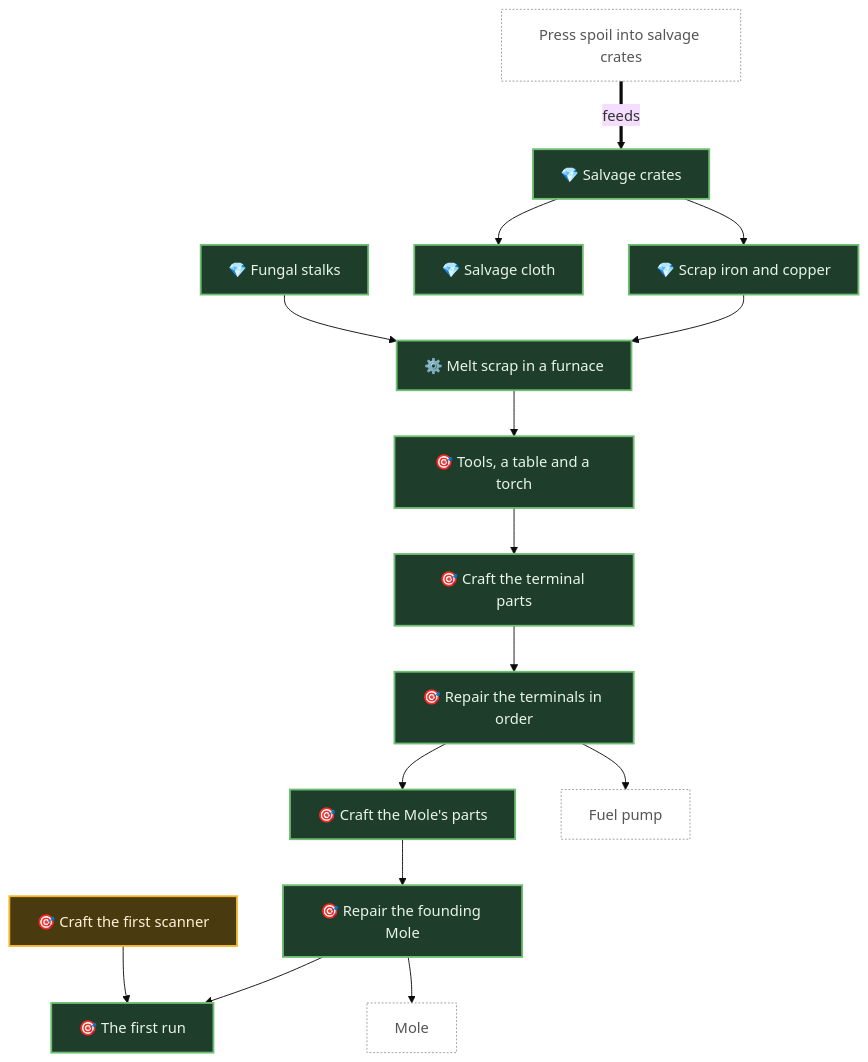
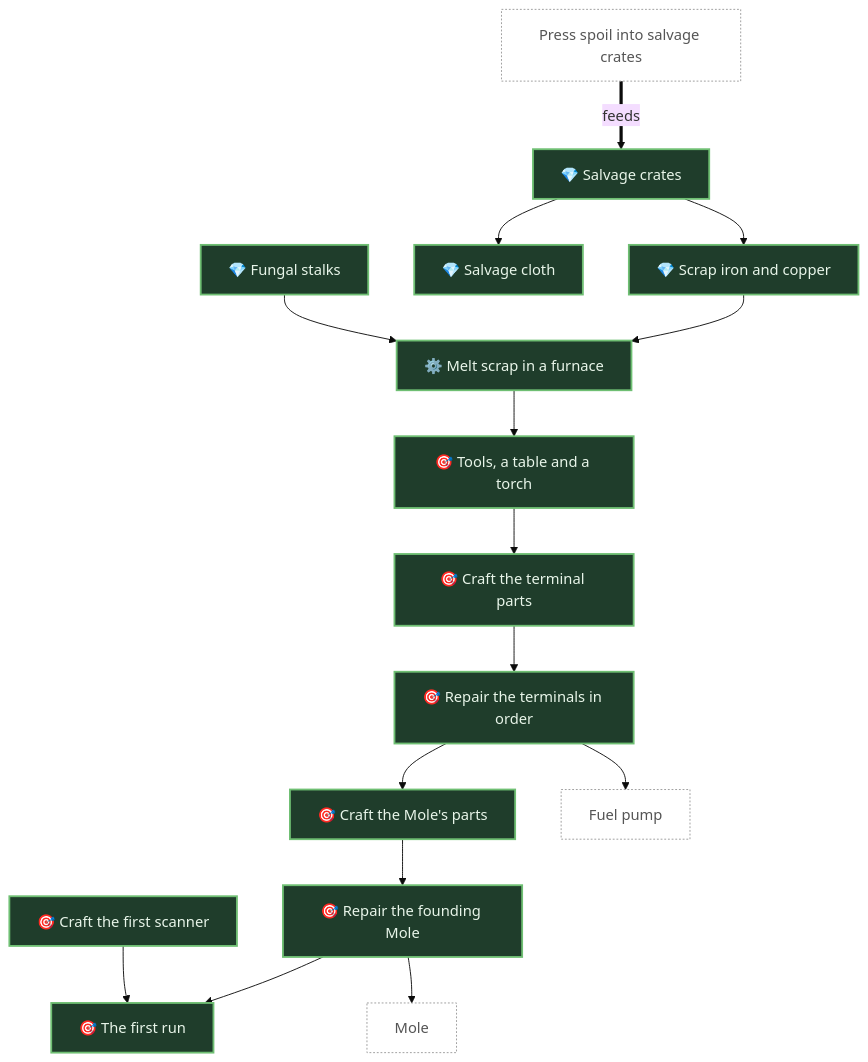
One commit to pkeppeler/deepcharter changed diagram 22 of 30 in docs/FEATURE-MAP.md. Above: the diagram before and after it, drawn with Mermaid (base theme). The commit also changed other lines of this file and 2 other files, not shown here.

First line of the commit message:
Feature map: merge main (#497, #499, #500); crafted scanner and wreck serial are built

````diff
--- a/docs/FEATURE-MAP.md
+++ b/docs/FEATURE-MAP.md
@@ -1137,40 +1135,39 @@
 ```mermaid
 flowchart TB
   n_fungal_stalks["💎 Fungal stalks"]
   n_salvage_crate["💎 Salvage crates"]
   n_salvage_cloth["💎 Salvage cloth"]
   n_scrap_metal["💎 Scrap iron and copper"]
   n_furnace_scrap["⚙️ Melt scrap in a furnace"]
   n_craft_tools["🎯 Tools, a table and a torch"]
   n_craft_terminal_parts["🎯 Craft the terminal parts"]
   n_repair_terminals["🎯 Repair the terminals in order"]
   n_craft_mole_parts["🎯 Craft the Mole's parts"]
   n_scanner_from_crafting["🎯 Craft the first scanner"]
   n_repair_mole["🎯 Repair the founding Mole"]
   n_first_run["🎯 The first run"]
   n_crate_press["Press spoil into salvage crates"]
   n_fuel_pump["Fuel pump"]
   n_mole["Mole"]
   n_craft_mole_parts --> n_repair_mole
   n_craft_terminal_parts --> n_repair_terminals
   n_craft_tools --> n_craft_terminal_parts
   n_crate_press == feeds ==> n_salvage_crate
   n_fungal_stalks --> n_furnace_scrap
   n_furnace_scrap --> n_craft_tools
   n_repair_mole --> n_first_run
   n_repair_mole --> n_mole
   n_repair_terminals --> n_craft_mole_parts
   n_repair_terminals --> n_fuel_pump
   n_salvage_crate --> n_salvage_cloth
   n_salvage_crate --> n_scrap_metal
   n_scanner_from_crafting --> n_first_run
   n_scrap_metal --> n_furnace_scrap
   classDef built fill:#1f3d2b,stroke:#6fbf73,stroke-width:2px,color:#e8f5e9
   classDef progress fill:#4a3a10,stroke:#f0b429,stroke-width:2px,color:#fff3d6
   classDef planned fill:#2e2e2e,stroke:#9e9e9e,stroke-width:1px,color:#d6d6d6
   classDef idea fill:#1a1a1a,stroke:#757575,stroke-width:1px,stroke-dasharray:4 3,color:#a0a0a0
   classDef ext fill:#ffffff,stroke:#999999,stroke-width:1px,stroke-dasharray:2 2,color:#555555
-  class n_fungal_stalks,n_salvage_crate,n_salvage_cloth,n_scrap_metal,n_furnace_scrap,n_craft_tools,n_craft_terminal_parts,n_repair_terminals,n_craft_mole_parts,n_repair_mole,n_first_run built
-  class n_scanner_from_crafting progress
+  class n_fungal_stalks,n_salvage_crate,n_salvage_cloth,n_scrap_metal,n_furnace_scrap,n_craft_tools,n_craft_terminal_parts,n_repair_terminals,n_craft_mole_parts,n_scanner_from_crafting,n_repair_mole,n_first_run built
   class n_crate_press,n_fuel_pump,n_mole ext
 ```
````
